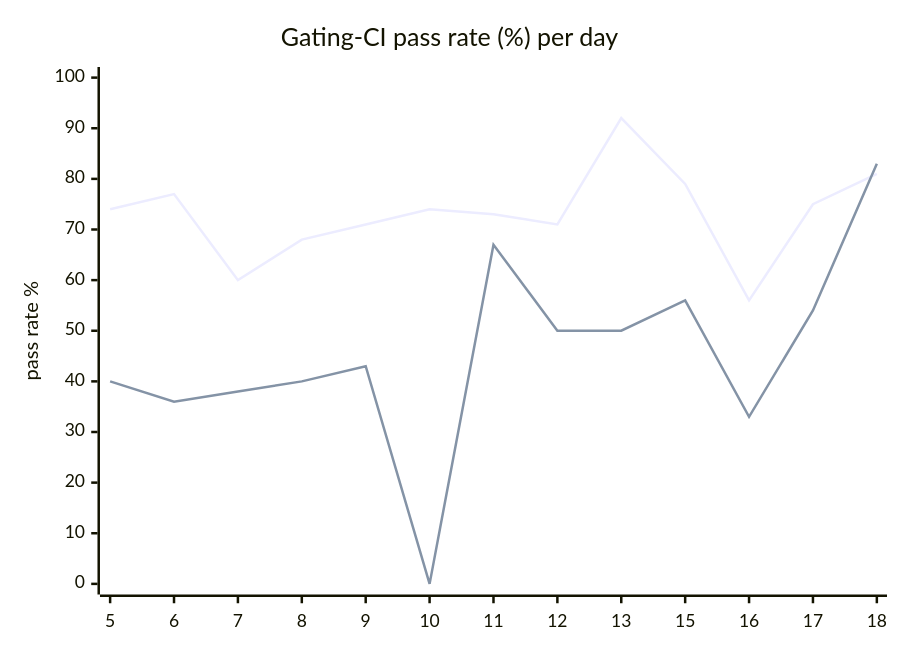
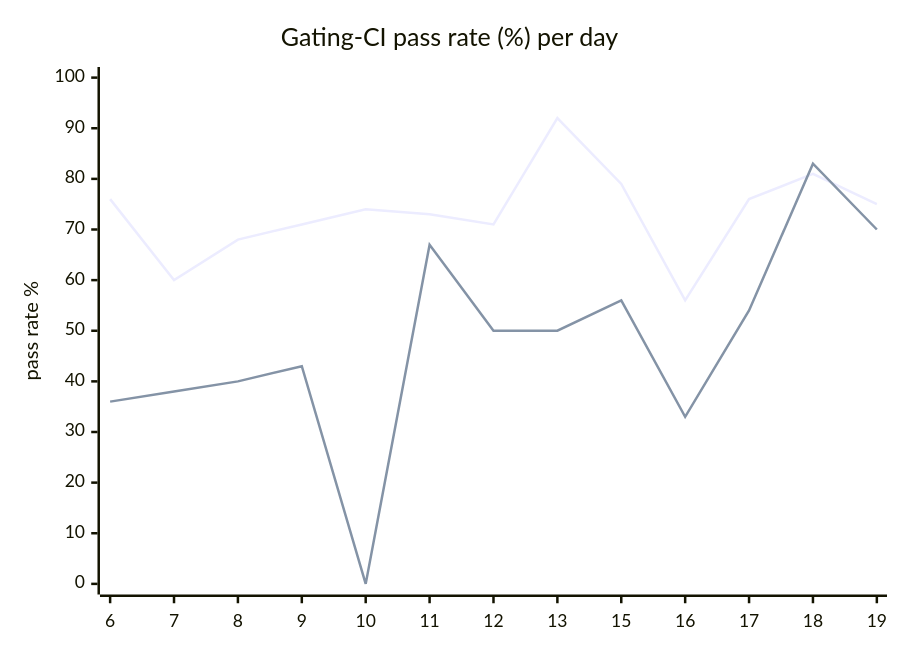
Before and after one commit to hatchet-dev/hatchet: the diagram in hack/ci/ci-dashboard/staging/issue.md, drawn with Mermaid. The commit also changed other lines of this file, not shown here.

````diff
--- a/hack/ci/ci-dashboard/staging/issue.md
+++ b/hack/ci/ci-dashboard/staging/issue.md
@@ -9,8 +9,8 @@
 ```mermaid
 xychart-beta
   title "Gating-CI pass rate (%) per day"
-  x-axis [5, 6, 7, 8, 9, 10, 11, 12, 13, 15, 16, 17, 18]
+  x-axis [6, 7, 8, 9, 10, 11, 12, 13, 15, 16, 17, 18, 19]
   y-axis "pass rate %" 0 --> 100
-  line "CI" [74, 77, 60, 68, 71, 74, 73, 71, 92, 79, 56, 75, 81]
-  line "main" [40, 36, 38, 40, 43, 0, 67, 50, 50, 56, 33, 54, 83]
+  line "CI" [76, 60, 68, 71, 74, 73, 71, 92, 79, 56, 76, 81, 75]
+  line "main" [36, 38, 40, 43, 0, 67, 50, 50, 56, 33, 54, 83, 70]
 ```
````
